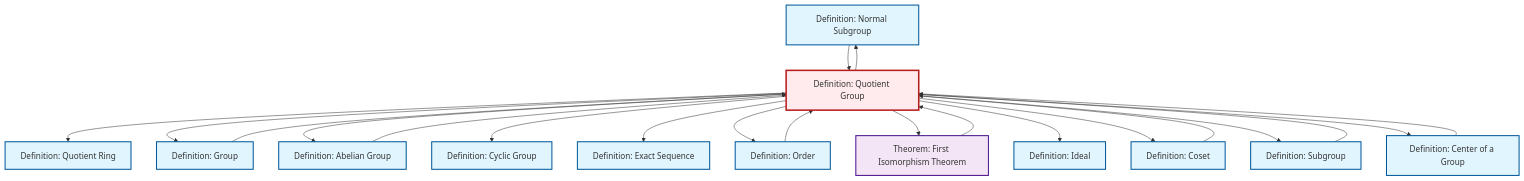
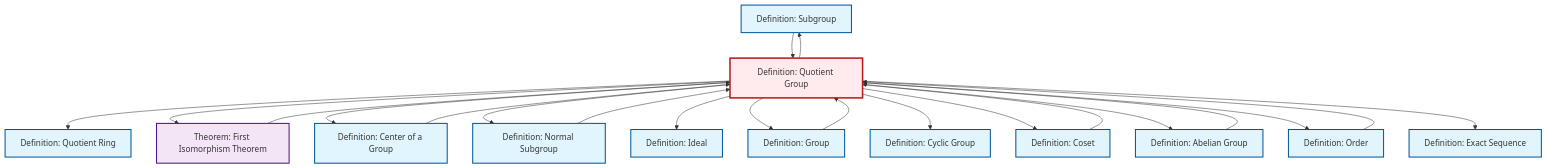
One commit to RK0429/ModernMath changed the diagram in content/en/algebra/def-quotient-group.qmd. Above: the diagram before and after it, drawn with Mermaid. The commit also changed other lines of this file and 1012 other files, not shown here.

````diff
--- a/content/en/algebra/def-quotient-group.qmd
+++ b/content/en/algebra/def-quotient-group.qmd
@@ -150,55 +150,55 @@
 ```{mermaid}
 %%| fig-cap: "Local dependency graph"
 graph TD
     classDef definition fill:#e1f5fe,stroke:#01579b,stroke-width:2px
     classDef theorem fill:#f3e5f5,stroke:#4a148c,stroke-width:2px
     classDef axiom fill:#fff3e0,stroke:#e65100,stroke-width:2px
     classDef example fill:#e8f5e9,stroke:#1b5e20,stroke-width:2px
     classDef current fill:#ffebee,stroke:#b71c1c,stroke-width:3px
+    def-exact-sequence["Definition: Exact Sequence"]:::definition
+    def-subgroup["Definition: Subgroup"]:::definition
     def-ideal["Definition: Ideal"]:::definition
     def-cyclic-group["Definition: Cyclic Group"]:::definition
+    def-order["Definition: Order"]:::definition
+    def-abelian-group["Definition: Abelian Group"]:::definition
     def-normal-subgroup["Definition: Normal Subgroup"]:::definition
-    def-quotient-ring["Definition: Quotient Ring"]:::definition
-    def-exact-sequence["Definition: Exact Sequence"]:::definition
-    def-order["Definition: Order"]:::definition
-    def-subgroup["Definition: Subgroup"]:::definition
-    thm-first-isomorphism["Theorem: First Isomorphism Theorem"]:::theorem
-    def-quotient-group["Definition: Quotient Group"]:::definition
-    def-abelian-group["Definition: Abelian Group"]:::definition
     def-center-of-group["Definition: Center of a Group"]:::definition
     def-coset["Definition: Coset"]:::definition
+    def-quotient-ring["Definition: Quotient Ring"]:::definition
+    def-quotient-group["Definition: Quotient Group"]:::definition
+    thm-first-isomorphism["Theorem: First Isomorphism Theorem"]:::theorem
     def-group["Definition: Group"]:::definition
+    def-order --> def-quotient-group
     def-quotient-group --> def-quotient-ring
+    def-quotient-group --> def-subgroup
+    def-quotient-group --> thm-first-isomorphism
+    def-quotient-group --> def-center-of-group
+    def-quotient-group --> def-normal-subgroup
+    def-quotient-group --> def-ideal
+    def-quotient-group --> def-group
+    def-coset --> def-quotient-group
+    def-quotient-group --> def-cyclic-group
+    def-center-of-group --> def-quotient-group
+    def-abelian-group --> def-quotient-group
     def-subgroup --> def-quotient-group
+    def-quotient-group --> def-coset
+    def-quotient-group --> def-abelian-group
+    def-group --> def-quotient-group
+    thm-first-isomorphism --> def-quotient-group
+    def-quotient-group --> def-order
     def-normal-subgroup --> def-quotient-group
-    def-quotient-group --> def-group
-    thm-first-isomorphism --> def-quotient-group
-    def-quotient-group --> def-normal-subgroup
-    def-coset --> def-quotient-group
-    def-quotient-group --> def-abelian-group
-    def-quotient-group --> def-cyclic-group
     def-quotient-group --> def-exact-sequence
-    def-quotient-group --> def-order
-    def-quotient-group --> thm-first-isomorphism
-    def-quotient-group --> def-ideal
-    def-order --> def-quotient-group
-    def-group --> def-quotient-group
-    def-center-of-group --> def-quotient-group
-    def-quotient-group --> def-coset
-    def-quotient-group --> def-subgroup
-    def-abelian-group --> def-quotient-group
-    def-quotient-group --> def-center-of-group
     class def-quotient-group current
+    click def-exact-sequence "def-exact-sequence.html" "Go to Exact Sequence definition"
+    click def-subgroup "def-subgroup.html" "Go to Subgroup definition"
     click def-ideal "def-ideal.html" "Go to Ideal definition"
     click def-cyclic-group "def-cyclic-group.html" "Go to Cyclic Group definition"
+    click def-order "def-order.html" "Go to Order definition"
+    click def-abelian-group "def-abelian-group.html" "Go to Abelian Group definition"
     click def-normal-subgroup "def-normal-subgroup.html" "Go to Normal Subgroup definition"
-    click def-quotient-ring "def-quotient-ring.html" "Go to Quotient Ring definition"
-    click def-exact-sequence "def-exact-sequence.html" "Go to Exact Sequence definition"
-    click def-order "def-order.html" "Go to Order definition"
-    click def-subgroup "def-subgroup.html" "Go to Subgroup definition"
-    click thm-first-isomorphism "thm-first-isomorphism.html" "Go to First Isomorphism Theorem theorem"
-    click def-abelian-group "def-abelian-group.html" "Go to Abelian Group definition"
     click def-center-of-group "def-center-of-group.html" "Go to Center of a Group definition"
     click def-coset "def-coset.html" "Go to Coset definition"
+    click def-quotient-ring "def-quotient-ring.html" "Go to Quotient Ring definition"
+    click thm-first-isomorphism "thm-first-isomorphism.html" "Go to First Isomorphism Theorem theorem"
     click def-group "def-group.html" "Go to Group definition"
 ```
````
